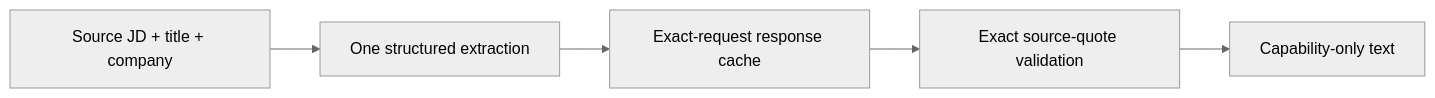
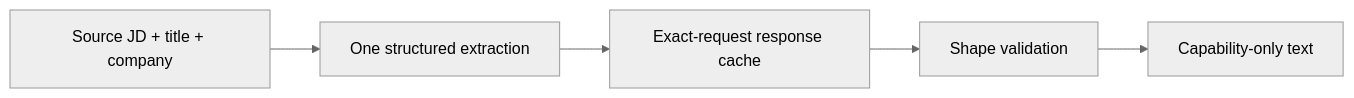
Before and after one commit to powerset-co/powerpacks: the diagram in packs/search/primitives/clean_job_description/README.md, drawn with Mermaid (neutral theme). The commit also changed other lines of this file and 2 other files, not shown here.

First line of the commit message:
fix(search): the JD cleaner no longer checks its source quotes

````diff
--- a/packs/search/primitives/clean_job_description/README.md
+++ b/packs/search/primitives/clean_job_description/README.md
@@ -12,7 +12,7 @@
 ```mermaid
 flowchart LR
     JD[Source JD + title + company] --> CALL[One structured extraction]
     CALL --> CACHE[Exact-request response cache]
-    CACHE --> CHECK[Exact source-quote validation]
+    CACHE --> CHECK[Shape validation]
     CHECK --> TEXT[Capability-only text]
 ```
````
